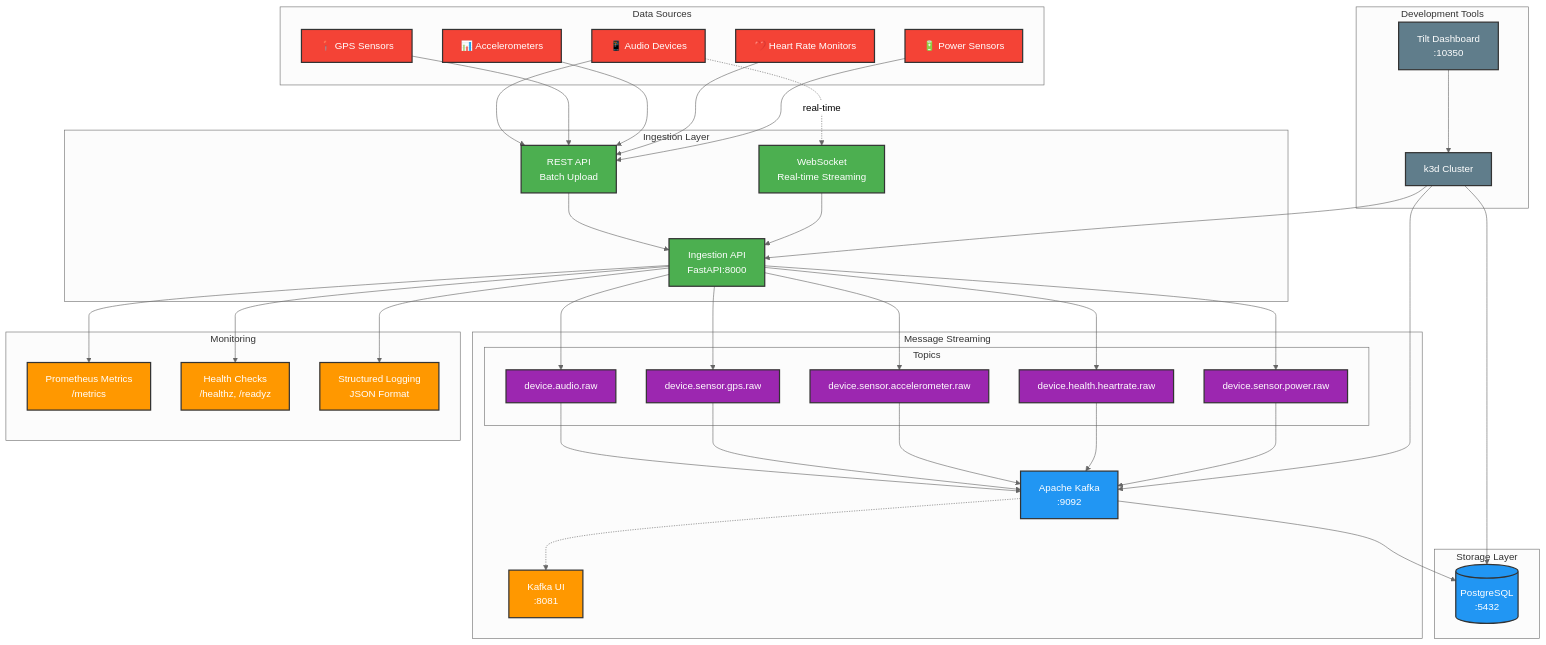
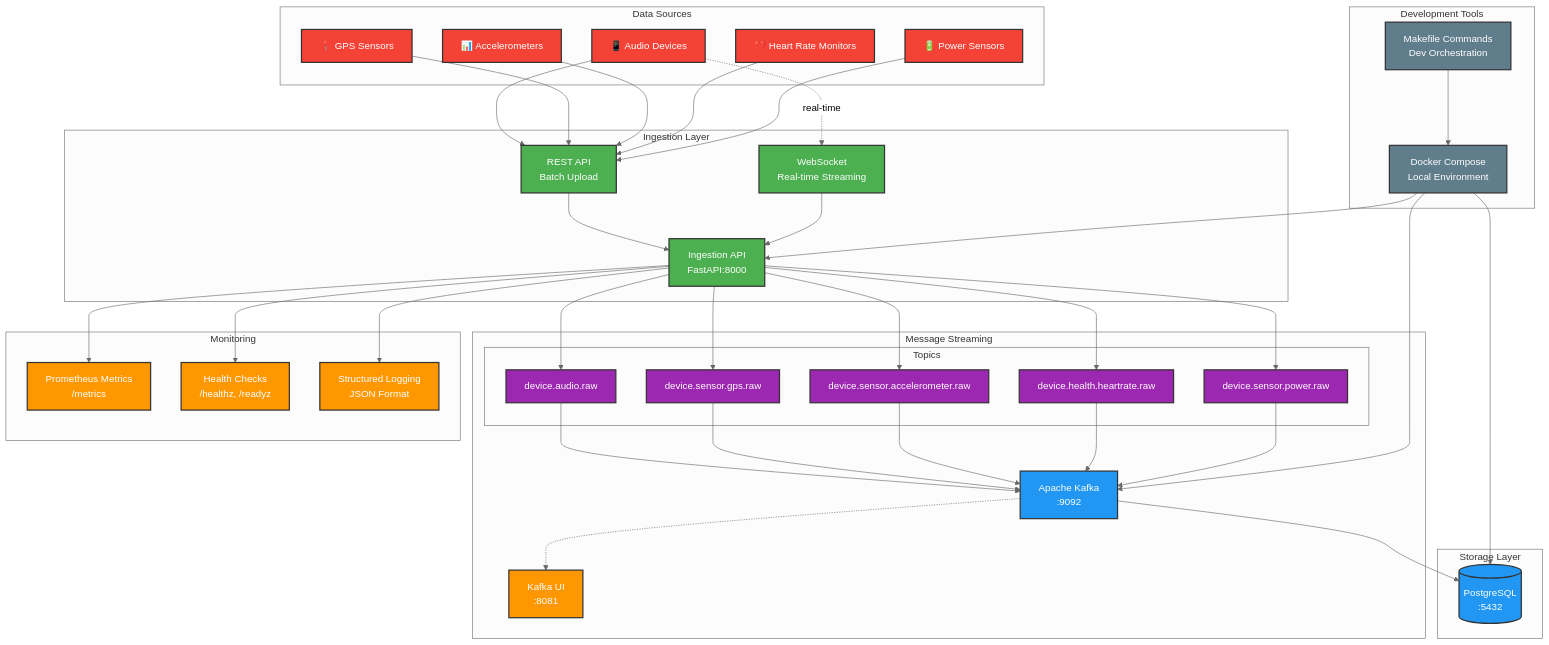
Before and after one commit to baocin/loomv2: the diagram in README.md, drawn with Mermaid (neutral theme). The commit also changed other lines of this file and 3 other files, not shown here.

````diff
--- a/README.md
+++ b/README.md
@@ -410,8 +409,8 @@
     end
 
     subgraph "Development Tools"
-        Tilt[Tilt Dashboard<br/>:10350]
-        K3D[k3d Cluster]
+        Compose[Docker Compose<br/>Local Environment]
+        Make[Makefile Commands<br/>Dev Orchestration]
     end
 
     %% Data Flow
@@ -444,10 +443,10 @@
     API --> Health
     API --> Logs
 
-    K3D --> API
-    K3D --> Kafka
-    K3D --> PG
-    Tilt --> K3D
+    Compose --> API
+    Compose --> Kafka
+    Compose --> PG
+    Make --> Compose
 
     classDef service fill:#4CAF50,stroke:#333,stroke-width:2px,color:#fff
     classDef storage fill:#2196F3,stroke:#333,stroke-width:2px,color:#fff
@@ -461,5 +460,5 @@
     class Metrics,Health,Logs,KafkaUI monitor
     class AudioTopic,GPSTopic,AccelTopic,HeartTopic,PowerTopic topic
     class Audio,GPS,Accel,Heart,Power device
-    class Tilt,K3D tool
+    class Compose,Make tool
 ```
````
